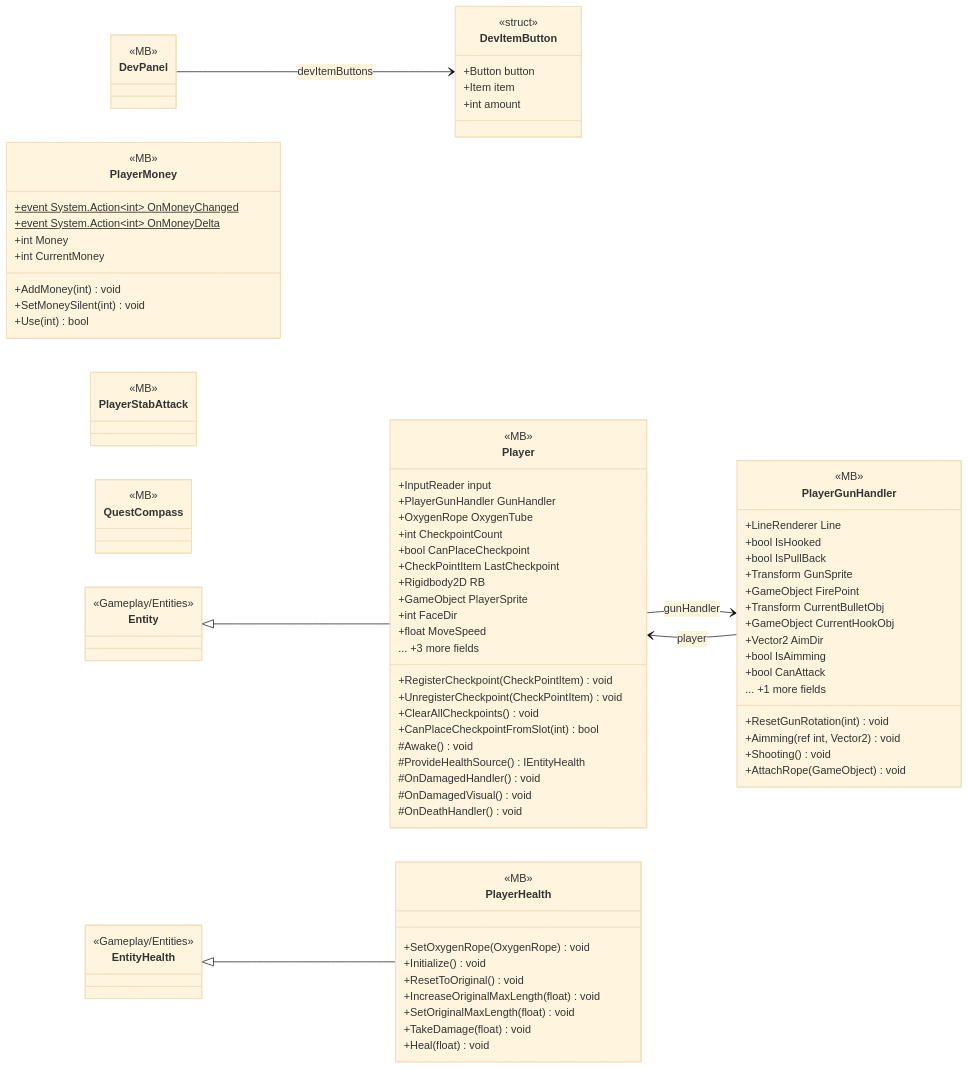
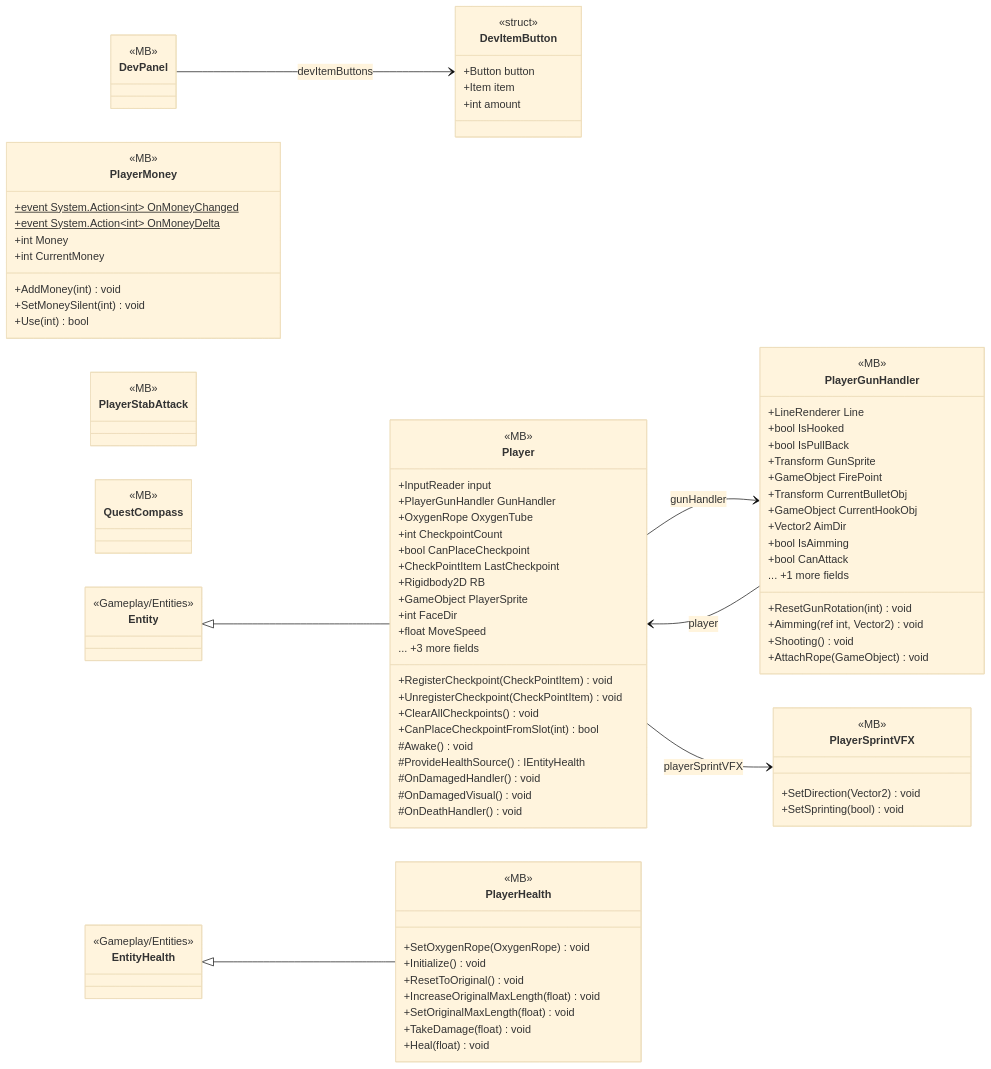
Before and after one commit to PhumipatWave/project-ocean: the diagram in docs/uml/modules/Gameplay_Entities_Players.md, drawn with Mermaid (base theme). The commit also changed other lines of this file and 191 other files, not shown here.

````diff
--- a/docs/uml/modules/Gameplay_Entities_Players.md
+++ b/docs/uml/modules/Gameplay_Entities_Players.md
@@ -77,6 +77,11 @@
     +SetMoneySilent(int) void
     +Use(int) bool
   }
+  class PlayerSprintVFX {
+    <<MB>>
+    +SetDirection(Vector2) void
+    +SetSprinting(bool) void
+  }
   class PlayerStabAttack {
     <<MB>>
   }
@@ -93,5 +98,6 @@
   Entity <|-- Player
   EntityHealth <|-- PlayerHealth
   Player --> PlayerGunHandler : gunHandler
+  Player --> PlayerSprintVFX : playerSprintVFX
   PlayerGunHandler --> Player : player
 ```
````
